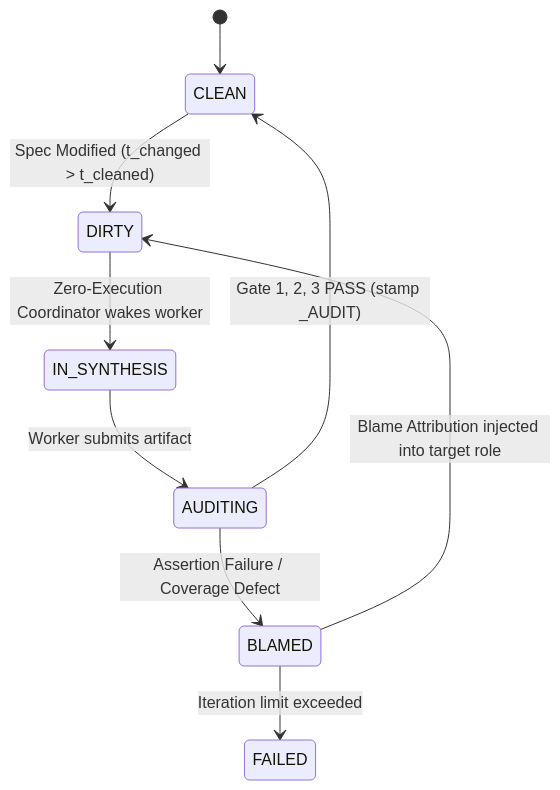
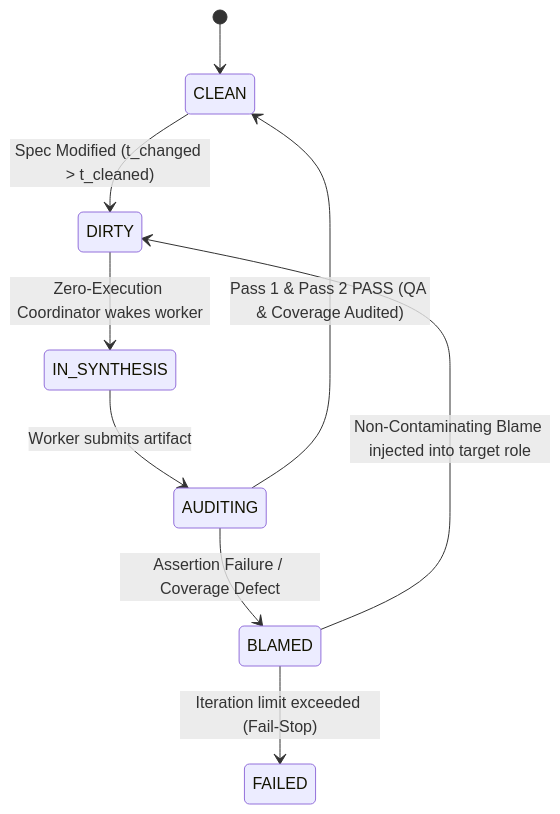
The diagram in design-docs/paper_submission_design_doc.md (mcdirmid/cleanroom), drawn with Mermaid before and after one commit. The commit also changed other lines of this file and 178 other files, not shown here.

````diff
--- a/design-docs/paper_submission_design_doc.md
+++ b/design-docs/paper_submission_design_doc.md
@@ -490,11 +616,11 @@
 ```mermaid
 stateDiagram-v2
     [*] --> CLEAN
     CLEAN --> DIRTY : Spec Modified (t_changed > t_cleaned)
     DIRTY --> IN_SYNTHESIS : Zero-Execution Coordinator wakes worker
     IN_SYNTHESIS --> AUDITING : Worker submits artifact
-    AUDITING --> CLEAN : Gate 1, 2, 3 PASS (stamp <ROLE>_AUDIT)
+    AUDITING --> CLEAN : Pass 1 & Pass 2 PASS (QA & Coverage Audited)
     AUDITING --> BLAMED : Assertion Failure / Coverage Defect
-    BLAMED --> DIRTY : Blame Attribution injected into target role
-    BLAMED --> FAILED : Iteration limit exceeded
+    BLAMED --> DIRTY : Non-Contaminating Blame injected into target role
+    BLAMED --> FAILED : Iteration limit exceeded (Fail-Stop)
 ```
````
